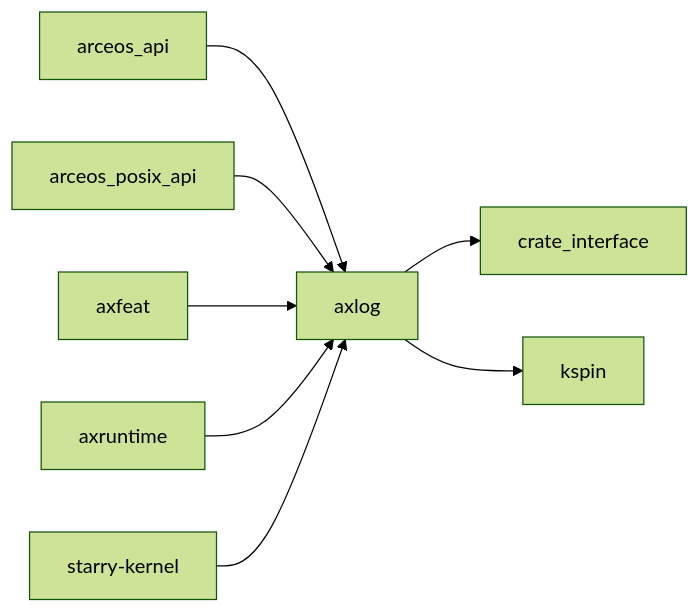
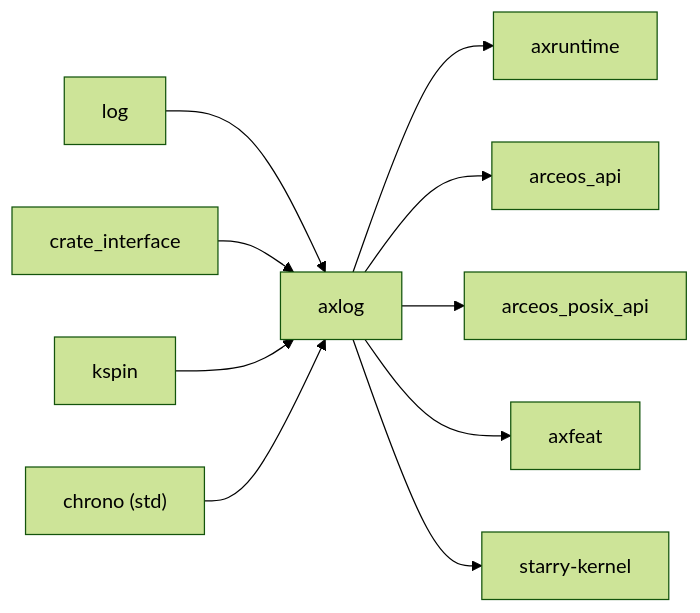
Before and after one commit to rcore-os/tgoskits: the second of 2 diagrams in docs/crates/axlog.md, drawn with Mermaid (forest theme). The commit also changed other lines of this file and 99 other files, not shown here.

````diff
--- a/docs/crates/axlog.md
+++ b/docs/crates/axlog.md
@@ -31,11 +78,13 @@
 ```mermaid
 graph LR
-    current["axlog"]
-    current --> crate_interface["crate_interface"]
-    current --> kspin["kspin"]
-    arceos_api["arceos_api"] --> current
-    arceos_posix_api["arceos_posix_api"] --> current
-    axfeat["axfeat"] --> current
-    axruntime["axruntime"] --> current
-    starry_kernel["starry-kernel"] --> current
+    log["log"] --> axlog["axlog"]
+    crate_interface["crate_interface"] --> axlog
+    kspin["kspin"] --> axlog
+    chrono["chrono (std)"] --> axlog
+
+    axlog --> axruntime["axruntime"]
+    axlog --> arceos_api["arceos_api"]
+    axlog --> arceos_posix["arceos_posix_api"]
+    axlog --> axfeat["axfeat"]
+    axlog --> starry_kernel["starry-kernel"]
 ```
````
